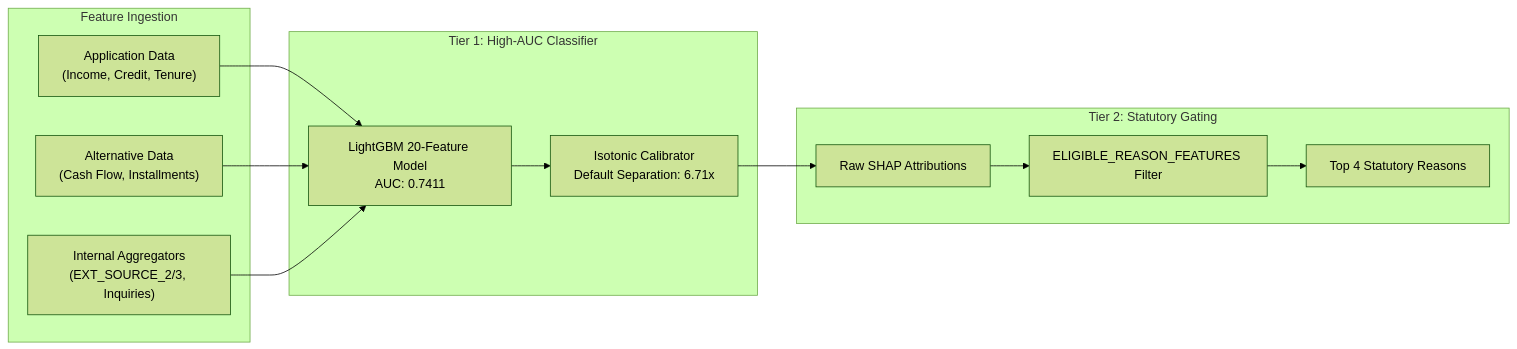
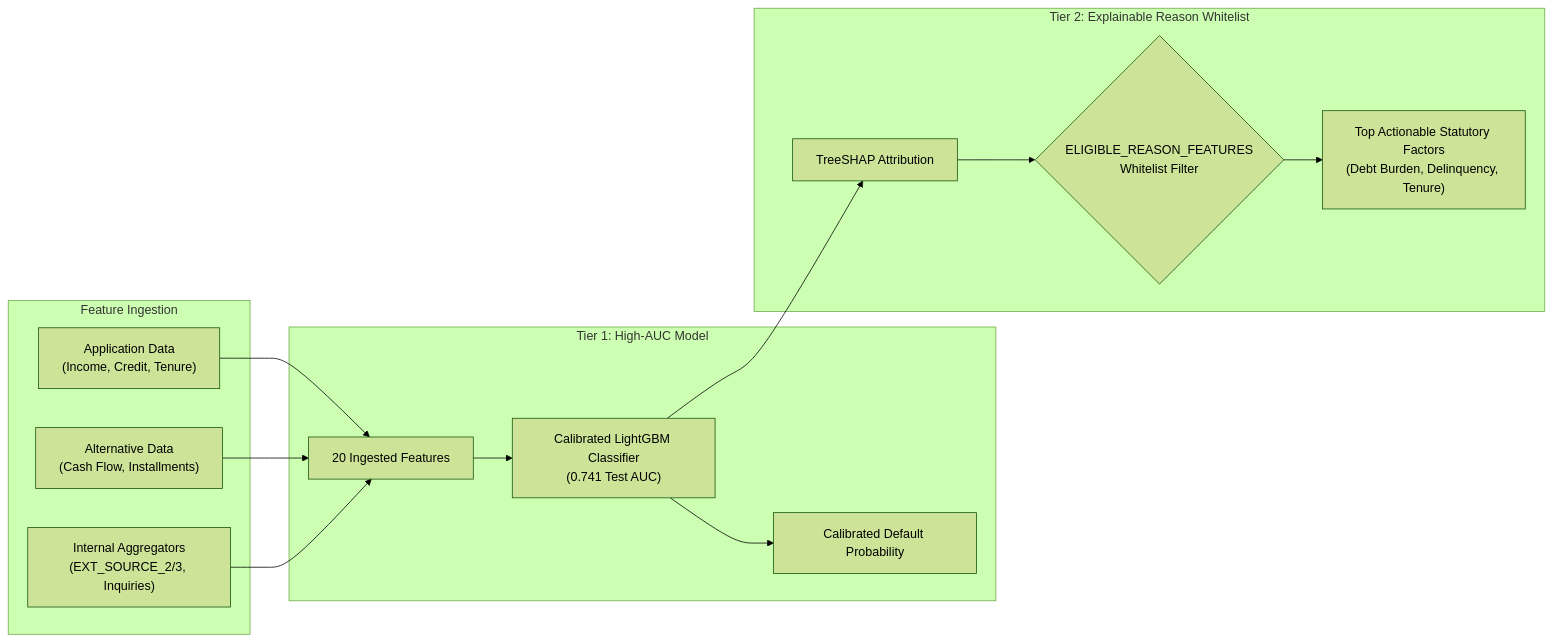
One commit to Param-Patel-o5/ai-financial-inclusion-risk-assessment changed the second of 2 diagrams in docs/architecture.md. Above: the diagram before and after it, drawn with Mermaid (forest theme). The commit also changed other lines of this file and 2 other files, not shown here.

````diff
--- a/docs/architecture.md
+++ b/docs/architecture.md
@@ -93,27 +93,29 @@
 ```mermaid
 flowchart LR
     subgraph Data ["Feature Ingestion"]
         APP["Application Data<br/>(Income, Credit, Tenure)"]
         ALT["Alternative Data<br/>(Cash Flow, Installments)"]
         EXT["Internal Aggregators<br/>(EXT_SOURCE_2/3, Inquiries)"]
     end
 
-    subgraph Tier1 ["Tier 1: High-AUC Classifier"]
-        TREE["LightGBM 20-Feature Model<br/>AUC: 0.7411"]
-        CALIB["Isotonic Calibrator<br/>Default Separation: 6.71x"]
+    subgraph Tier1 ["Tier 1: High-AUC Model"]
+        ALL_FEATS["20 Ingested Features"]
+        LGBM_MODEL["Calibrated LightGBM Classifier<br/>(0.741 Test AUC)"]
+        RISK_SCORE["Calibrated Default Probability"]
     end
 
-    subgraph Tier2 ["Tier 2: Statutory Gating"]
-        RAW_SHAP["Raw SHAP Attributions"]
-        FILTER["ELIGIBLE_REASON_FEATURES Filter"]
-        TOP4["Top 4 Statutory Reasons"]
+    subgraph Tier2 ["Tier 2: Explainable Reason Whitelist"]
+        SHAP_EXP["TreeSHAP Attribution"]
+        FILTER{"ELIGIBLE_REASON_FEATURES<br/>Whitelist Filter"}
+        SAFE_FEATS["Top Actionable Statutory Factors<br/>(Debt Burden, Delinquency, Tenure)"]
     end
 
-    APP --> TREE
-    ALT --> TREE
-    EXT --> TREE
-    TREE --> CALIB
-    CALIB --> RAW_SHAP
-    RAW_SHAP --> FILTER
-    FILTER --> TOP4
+    APP --> ALL_FEATS
+    ALT --> ALL_FEATS
+    EXT --> ALL_FEATS
+    ALL_FEATS --> LGBM_MODEL
+    LGBM_MODEL --> RISK_SCORE
+    LGBM_MODEL --> SHAP_EXP
+    SHAP_EXP --> FILTER
+    FILTER --> SAFE_FEATS
 ```
````
